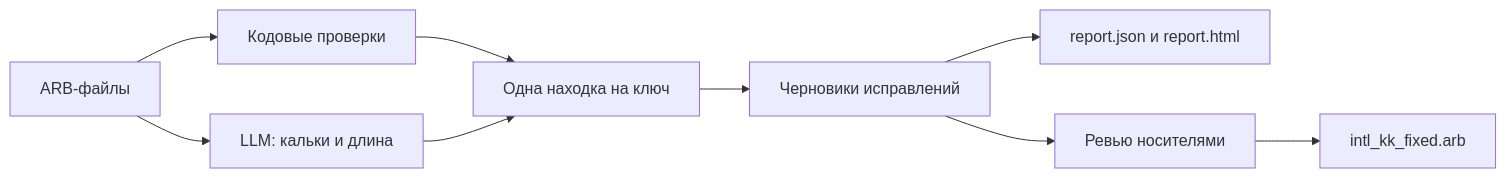
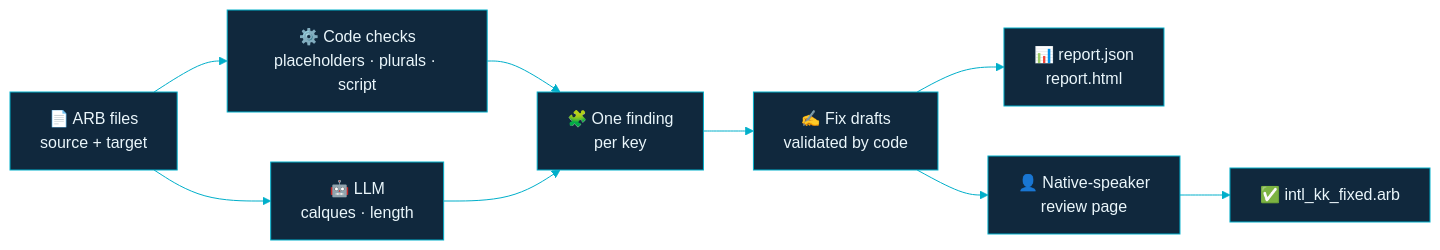
Before and after one commit to astmirzhan/Grand-Mobile-Decentrathon-6.0: the first of 2 diagrams in README.md, drawn with Mermaid. The commit also changed other lines of this file and 7 other files, not shown here.

````diff
--- a/README.md
+++ b/README.md
@@ -7,11 +54,12 @@
 ```mermaid
+%%{init: {"theme": "base", "themeVariables": {"primaryColor": "#10283d", "primaryTextColor": "#eaf6fb", "primaryBorderColor": "#00afca", "lineColor": "#00afca", "secondaryColor": "#fec50c", "tertiaryColor": "#0a1b2b", "fontFamily": "monospace"}}}%%
 flowchart LR
-    A[ARB-файлы] --> B[Кодовые проверки]
-    A --> C[LLM: кальки и длина]
-    B --> D[Одна находка на ключ]
+    A["📄 ARB files<br/>source + target"] --> B["⚙️ Code checks<br/>placeholders · plurals · script"]
+    A --> C["🤖 LLM<br/>calques · length"]
+    B --> D["🧩 One finding<br/>per key"]
     C --> D
-    D --> E[Черновики исправлений]
-    E --> F[report.json и report.html]
-    E --> G[Ревью носителями]
-    G --> H[intl_kk_fixed.arb]
+    D --> E["✍️ Fix drafts<br/>validated by code"]
+    E --> F["📊 report.json<br/>report.html"]
+    E --> G["👤 Native-speaker<br/>review page"]
+    G --> H["✅ intl_kk_fixed.arb"]
 ```
````
